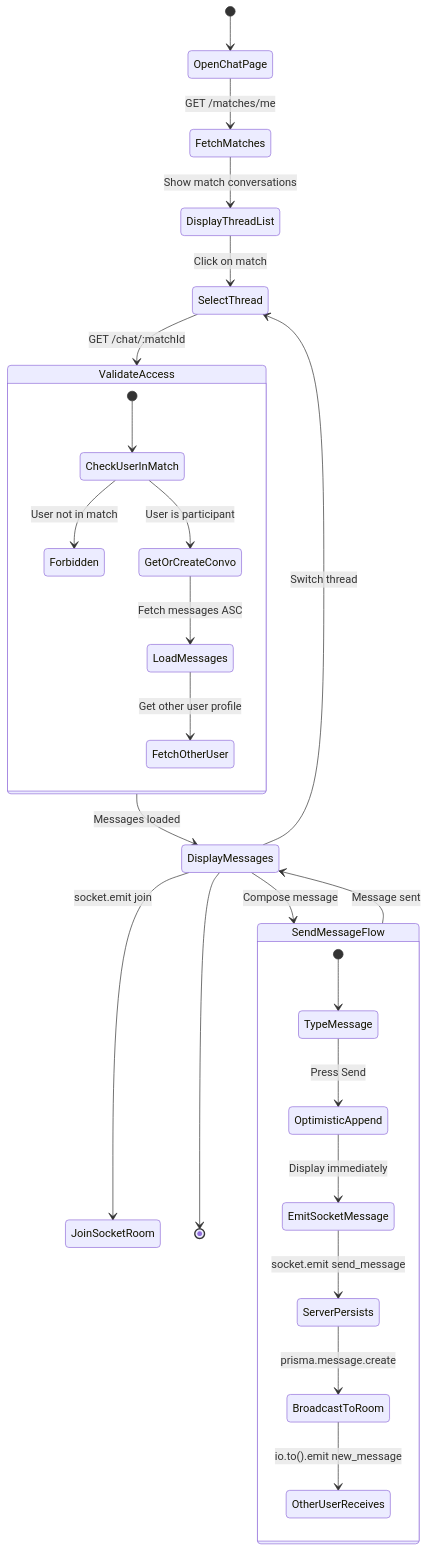
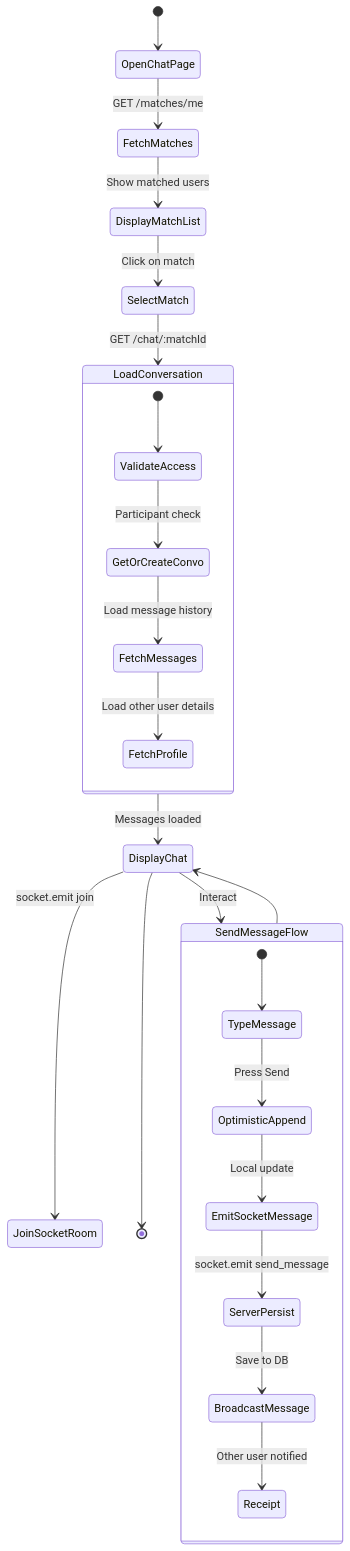
The third of 3 diagrams in docs/diagrams/4_activity_diagrams.md (HardikGenOne/Flately), drawn with Mermaid before and after one commit. The commit also changed other lines of this file and 25 other files, not shown here.

````diff
--- a/docs/diagrams/4_activity_diagrams.md
+++ b/docs/diagrams/4_activity_diagrams.md
@@ -101,35 +102,33 @@
 ```mermaid
 stateDiagram-v2
     [*] --> OpenChatPage
 
     OpenChatPage --> FetchMatches : GET /matches/me
-    FetchMatches --> DisplayThreadList : Show match conversations
+    FetchMatches --> DisplayMatchList : Show matched users
 
-    DisplayThreadList --> SelectThread : Click on match
-    SelectThread --> ValidateAccess : GET /chat/:matchId
+    DisplayMatchList --> SelectMatch : Click on match
+    SelectMatch --> LoadConversation : GET /chat/:matchId
 
-    state ValidateAccess {
-        [*] --> CheckUserInMatch
-        CheckUserInMatch --> Forbidden : User not in match
-        CheckUserInMatch --> GetOrCreateConvo : User is participant
-        GetOrCreateConvo --> LoadMessages : Fetch messages ASC
-        LoadMessages --> FetchOtherUser : Get other user profile
+    state LoadConversation {
+        [*] --> ValidateAccess
+        ValidateAccess --> GetOrCreateConvo : Participant check
+        GetOrCreateConvo --> FetchMessages : Load message history
+        FetchMessages --> FetchProfile : Load other user details
     }
 
-    ValidateAccess --> DisplayMessages : Messages loaded
-    DisplayMessages --> JoinSocketRoom : socket.emit join
+    LoadConversation --> DisplayChat : Messages loaded
+    DisplayChat --> JoinSocketRoom : socket.emit join
 
     state SendMessageFlow {
         [*] --> TypeMessage
         TypeMessage --> OptimisticAppend : Press Send
-        OptimisticAppend --> EmitSocketMessage : Display immediately
-        EmitSocketMessage --> ServerPersists : socket.emit send_message
-        ServerPersists --> BroadcastToRoom : prisma.message.create
-        BroadcastToRoom --> OtherUserReceives : io.to().emit new_message
+        OptimisticAppend --> EmitSocketMessage : Local update
+        EmitSocketMessage --> ServerPersist : socket.emit send_message
+        ServerPersist --> BroadcastMessage : Save to DB
+        BroadcastMessage --> Receipt : Other user notified
     }
 
-    DisplayMessages --> SendMessageFlow : Compose message
-    SendMessageFlow --> DisplayMessages : Message sent
-    DisplayMessages --> SelectThread : Switch thread
-    DisplayMessages --> [*]
+    DisplayChat --> SendMessageFlow : Interact
+    SendMessageFlow --> DisplayChat
+    DisplayChat --> [*]
 ```
````
